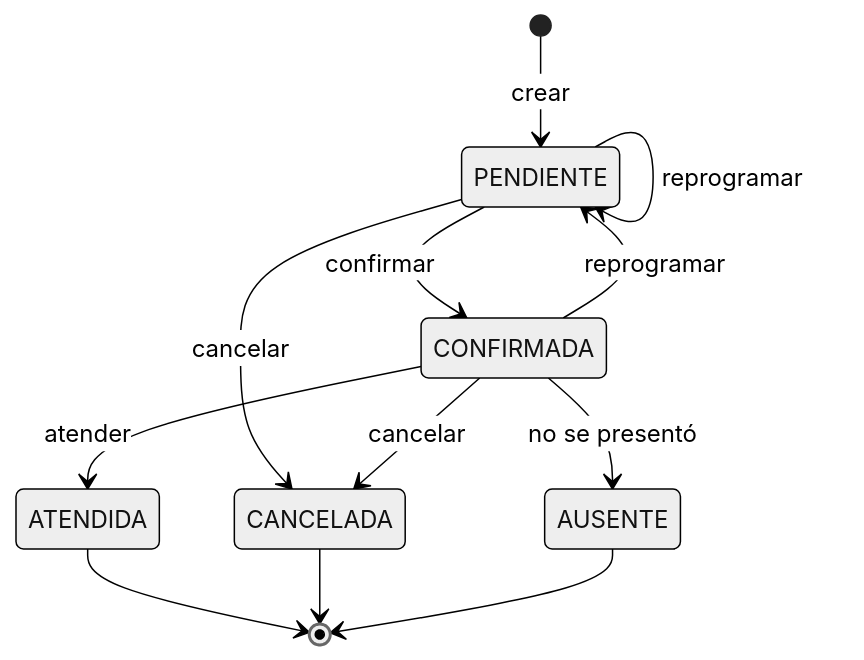
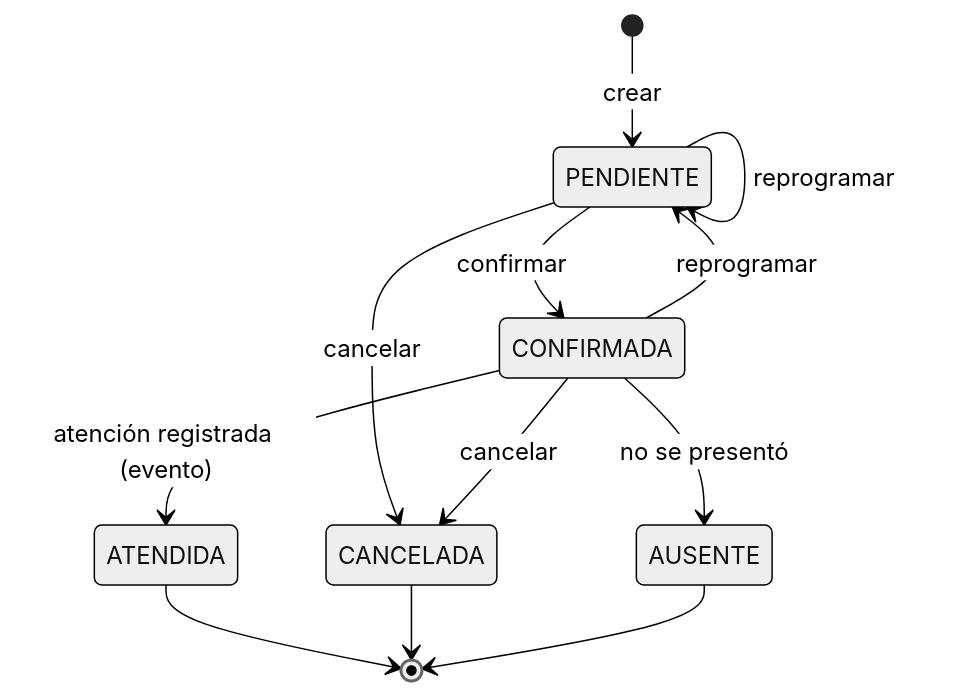
One commit to cazabacheg/CARLOS_AZABACHE_T2_HOSPITAL_2026 changed the fourth of 5 diagrams in docs/documento-tecnico.md. Above: the diagram before and after it, drawn with Mermaid (neutral theme). The commit also changed other lines of this file and 1 other file, not shown here.

````diff
--- a/docs/documento-tecnico.md
+++ b/docs/documento-tecnico.md
@@ -452,14 +458,14 @@
 ```mermaid
 stateDiagram-v2
     [*] --> PENDIENTE: crear
     PENDIENTE --> CONFIRMADA: confirmar
     PENDIENTE --> CANCELADA: cancelar
-    CONFIRMADA --> ATENDIDA: atender
+    CONFIRMADA --> ATENDIDA: atención registrada (evento)
     CONFIRMADA --> AUSENTE: no se presentó
     CONFIRMADA --> CANCELADA: cancelar
     CONFIRMADA --> PENDIENTE: reprogramar
     PENDIENTE --> PENDIENTE: reprogramar
     ATENDIDA --> [*]
     CANCELADA --> [*]
     AUSENTE --> [*]
 ```
````
